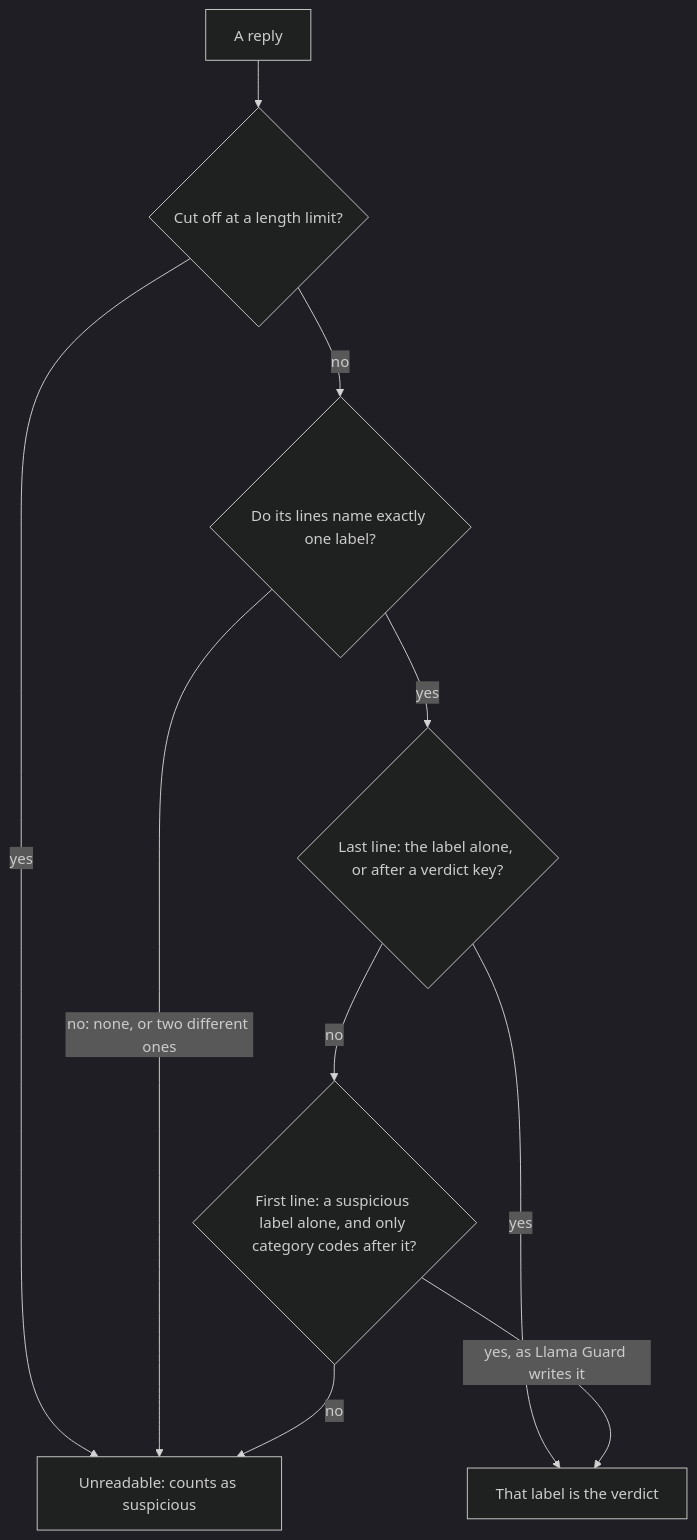
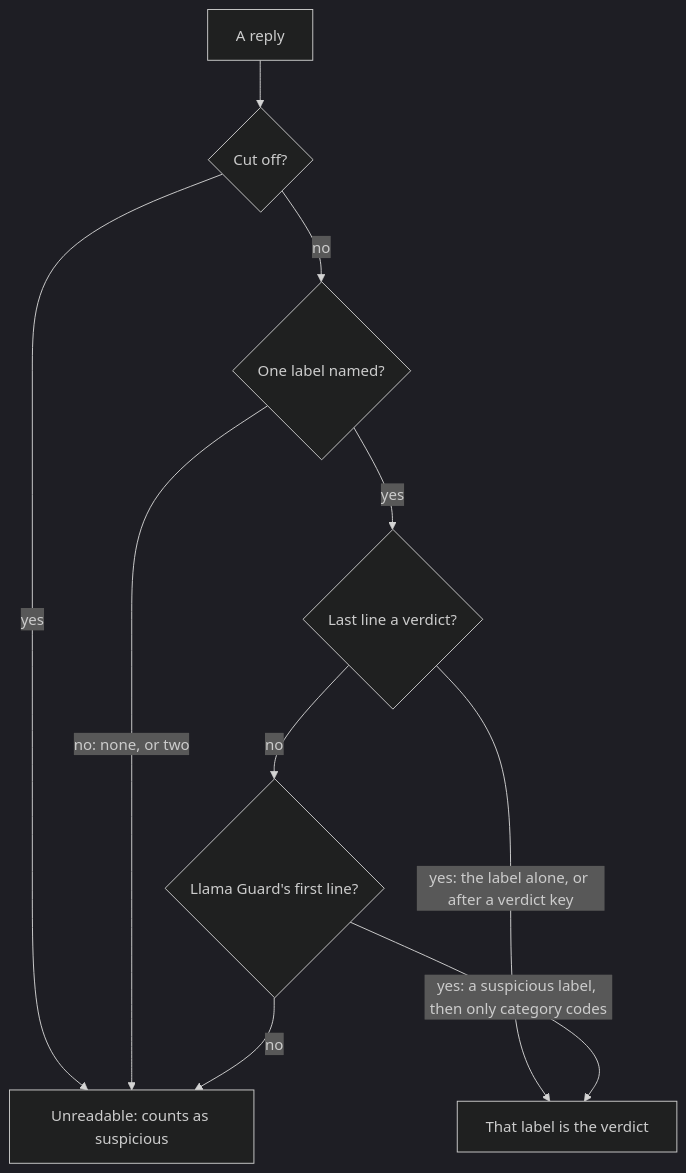
One commit to omamori-lab/langchain-sync-monitors changed the second of 2 diagrams in docs/how-to/use-a-guard-model.md. Above: the diagram before and after it, drawn with Mermaid (dark theme). The commit also changed other lines of this file and 4 other files, not shown here.

First line of the commit message:
Tighten the monitor guides' wording and diagrams

````diff
--- a/docs/how-to/use-a-guard-model.md
+++ b/docs/how-to/use-a-guard-model.md
@@ -176,12 +176,12 @@
 ```mermaid
 flowchart TD
-    reply["A reply"] --> cut{"Cut off at a length limit?"}
+    reply["A reply"] --> cut{"Cut off?"}
     cut -- "yes" --> unreadable["Unreadable: counts as suspicious"]
-    cut -- "no" --> named{"Do its lines name exactly one label?"}
-    named -- "no: none, or two different ones" --> unreadable
-    named -- "yes" --> last{"Last line: the label alone, or after a verdict key?"}
-    last -- "yes" --> label["That label is the verdict"]
-    last -- "no" --> first{"First line: a suspicious label alone, and only category codes after it?"}
-    first -- "yes, as Llama Guard writes it" --> label
+    cut -- "no" --> named{"One label named?"}
+    named -- "no: none, or two" --> unreadable
+    named -- "yes" --> last{"Last line a verdict?"}
+    last -- "yes: the label alone, or after a verdict key" --> label["That label is the verdict"]
+    last -- "no" --> first{"Llama Guard's first line?"}
+    first -- "yes: a suspicious label, then only category codes" --> label
     first -- "no" --> unreadable
 ```
````
